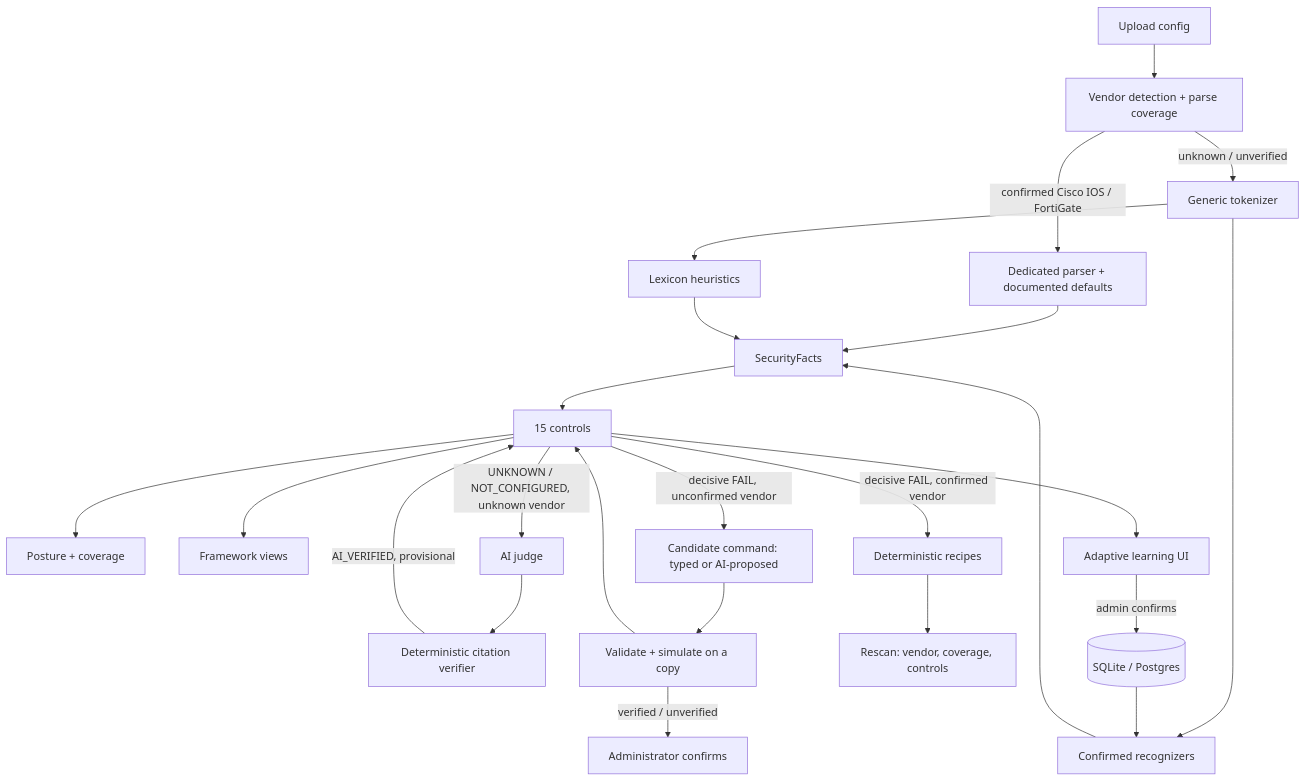
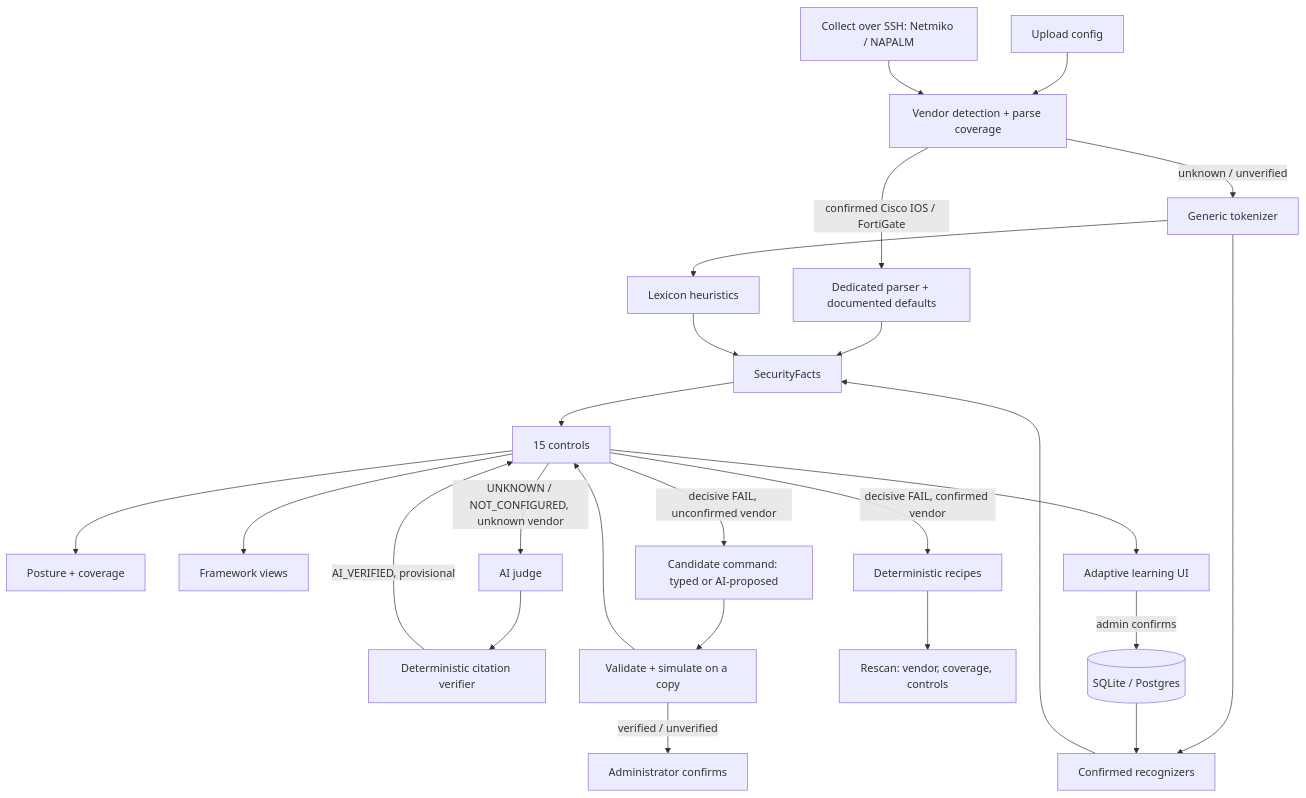
The diagram in docs/architecture.md (astrilo-monk/sih-26155), drawn with Mermaid before and after one commit. The commit also changed other lines of this file and 20 other files, not shown here.

First line of the commit message:
feat: collect configurations from live devices over SSH

````diff
--- a/docs/architecture.md
+++ b/docs/architecture.md
@@ -54,26 +54,27 @@
 ```mermaid
 flowchart TD
     Upload[Upload config] --> Detect[Vendor detection + parse coverage]
+    Collect[Collect over SSH: Netmiko / NAPALM] --> Detect
     Detect -->|confirmed Cisco IOS / FortiGate| Parser[Dedicated parser + documented defaults]
     Detect -->|unknown / unverified| Tokenizer[Generic tokenizer]
     Tokenizer --> Recognizers[Confirmed recognizers]
     Tokenizer --> Heuristics[Lexicon heuristics]
     Parser --> Facts[SecurityFacts]
     Recognizers --> Facts
     Heuristics --> Facts
     Facts --> Controls[15 controls]
     Controls --> Score[Posture + coverage]
     Controls --> Frameworks[Framework views]
     Controls -->|UNKNOWN / NOT_CONFIGURED, unknown vendor| Judge[AI judge]
     Judge --> Verify[Deterministic citation verifier]
     Verify -->|AI_VERIFIED, provisional| Controls
     Controls --> Review[Adaptive learning UI]
     Review -->|admin confirms| DB[(SQLite / Postgres)]
     DB --> Recognizers
     Controls -->|decisive FAIL, confirmed vendor| Remediation[Deterministic recipes]
     Remediation --> Rescan[Rescan: vendor, coverage, controls]
     Controls -->|decisive FAIL, unconfirmed vendor| Candidate[Candidate command: typed or AI-proposed]
     Candidate --> Simulate[Validate + simulate on a copy]
     Simulate --> Controls
     Simulate -->|verified / unverified| Confirm[Administrator confirms]
 ```
````
